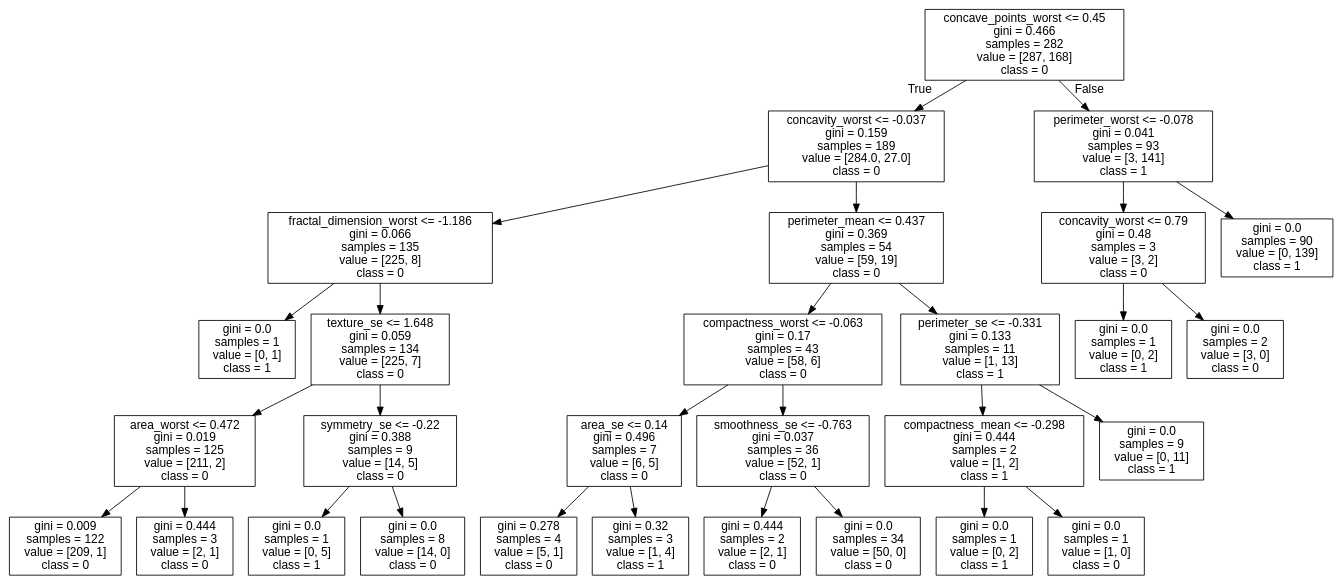
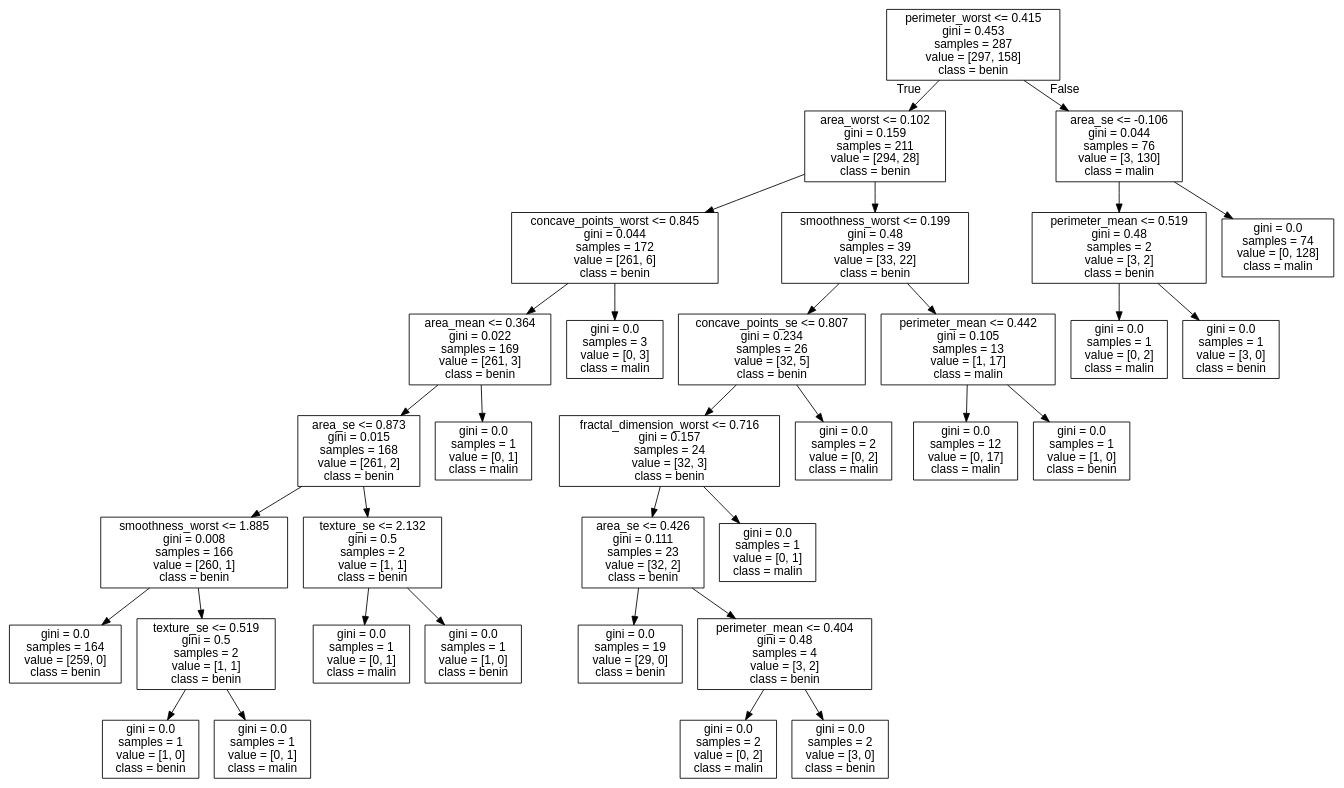
Before and after one commit to cyrilvincent/ML: the diagram in data/breast-cancer/tree.dot, drawn with Graphviz. The commit also changed 5 other files, not shown here.

```diff
--- a/data/breast-cancer/tree.dot
+++ b/data/breast-cancer/tree.dot
@@ -1,61 +1,69 @@
 digraph Tree {
 node [shape=box, fontname="helvetica"] ;
 edge [fontname="helvetica"] ;
-0 [label="concave_points_worst <= 0.45\ngini = 0.466\nsamples = 282\nvalue = [287, 168]\nclass = 0"] ;
-1 [label="concavity_worst <= -0.037\ngini = 0.159\nsamples = 189\nvalue = [284.0, 27.0]\nclass = 0"] ;
+0 [label="perimeter_worst <= 0.415\ngini = 0.453\nsamples = 287\nvalue = [297, 158]\nclass = benin"] ;
+1 [label="area_worst <= 0.102\ngini = 0.159\nsamples = 211\nvalue = [294, 28]\nclass = benin"] ;
 0 -> 1 [labeldistance=2.5, labelangle=45, headlabel="True"] ;
-2 [label="fractal_dimension_worst <= -1.186\ngini = 0.066\nsamples = 135\nvalue = [225, 8]\nclass = 0"] ;
+2 [label="concave_points_worst <= 0.845\ngini = 0.044\nsamples = 172\nvalue = [261, 6]\nclass = benin"] ;
 1 -> 2 ;
-3 [label="gini = 0.0\nsamples = 1\nvalue = [0, 1]\nclass = 1"] ;
+3 [label="area_mean <= 0.364\ngini = 0.022\nsamples = 169\nvalue = [261, 3]\nclass = benin"] ;
 2 -> 3 ;
-4 [label="texture_se <= 1.648\ngini = 0.059\nsamples = 134\nvalue = [225, 7]\nclass = 0"] ;
-2 -> 4 ;
-5 [label="area_worst <= 0.472\ngini = 0.019\nsamples = 125\nvalue = [211, 2]\nclass = 0"] ;
+4 [label="area_se <= 0.873\ngini = 0.015\nsamples = 168\nvalue = [261, 2]\nclass = benin"] ;
+3 -> 4 ;
+5 [label="smoothness_worst <= 1.885\ngini = 0.008\nsamples = 166\nvalue = [260, 1]\nclass = benin"] ;
 4 -> 5 ;
-6 [label="gini = 0.009\nsamples = 122\nvalue = [209, 1]\nclass = 0"] ;
+6 [label="gini = 0.0\nsamples = 164\nvalue = [259, 0]\nclass = benin"] ;
 5 -> 6 ;
-7 [label="gini = 0.444\nsamples = 3\nvalue = [2, 1]\nclass = 0"] ;
+7 [label="texture_se <= 0.519\ngini = 0.5\nsamples = 2\nvalue = [1, 1]\nclass = benin"] ;
 5 -> 7 ;
-8 [label="symmetry_se <= -0.22\ngini = 0.388\nsamples = 9\nvalue = [14, 5]\nclass = 0"] ;
-4 -> 8 ;
-9 [label="gini = 0.0\nsamples = 1\nvalue = [0, 5]\nclass = 1"] ;
-8 -> 9 ;
-10 [label="gini = 0.0\nsamples = 8\nvalue = [14, 0]\nclass = 0"] ;
-8 -> 10 ;
-11 [label="perimeter_mean <= 0.437\ngini = 0.369\nsamples = 54\nvalue = [59, 19]\nclass = 0"] ;
-1 -> 11 ;
-12 [label="compactness_worst <= -0.063\ngini = 0.17\nsamples = 43\nvalue = [58, 6]\nclass = 0"] ;
-11 -> 12 ;
-13 [label="area_se <= 0.14\ngini = 0.496\nsamples = 7\nvalue = [6, 5]\nclass = 0"] ;
-12 -> 13 ;
-14 [label="gini = 0.278\nsamples = 4\nvalue = [5, 1]\nclass = 0"] ;
-13 -> 14 ;
-15 [label="gini = 0.32\nsamples = 3\nvalue = [1, 4]\nclass = 1"] ;
-13 -> 15 ;
-16 [label="smoothness_se <= -0.763\ngini = 0.037\nsamples = 36\nvalue = [52, 1]\nclass = 0"] ;
-12 -> 16 ;
-17 [label="gini = 0.444\nsamples = 2\nvalue = [2, 1]\nclass = 0"] ;
+8 [label="gini = 0.0\nsamples = 1\nvalue = [1, 0]\nclass = benin"] ;
+7 -> 8 ;
+9 [label="gini = 0.0\nsamples = 1\nvalue = [0, 1]\nclass = malin"] ;
+7 -> 9 ;
+10 [label="texture_se <= 2.132\ngini = 0.5\nsamples = 2\nvalue = [1, 1]\nclass = benin"] ;
+4 -> 10 ;
+11 [label="gini = 0.0\nsamples = 1\nvalue = [0, 1]\nclass = malin"] ;
+10 -> 11 ;
+12 [label="gini = 0.0\nsamples = 1\nvalue = [1, 0]\nclass = benin"] ;
+10 -> 12 ;
+13 [label="gini = 0.0\nsamples = 1\nvalue = [0, 1]\nclass = malin"] ;
+3 -> 13 ;
+14 [label="gini = 0.0\nsamples = 3\nvalue = [0, 3]\nclass = malin"] ;
+2 -> 14 ;
+15 [label="smoothness_worst <= 0.199\ngini = 0.48\nsamples = 39\nvalue = [33, 22]\nclass = benin"] ;
+1 -> 15 ;
+16 [label="concave_points_se <= 0.807\ngini = 0.234\nsamples = 26\nvalue = [32, 5]\nclass = benin"] ;
+15 -> 16 ;
+17 [label="fractal_dimension_worst <= 0.716\ngini = 0.157\nsamples = 24\nvalue = [32, 3]\nclass = benin"] ;
 16 -> 17 ;
-18 [label="gini = 0.0\nsamples = 34\nvalue = [50, 0]\nclass = 0"] ;
-16 -> 18 ;
-19 [label="perimeter_se <= -0.331\ngini = 0.133\nsamples = 11\nvalue = [1, 13]\nclass = 1"] ;
-11 -> 19 ;
-20 [label="compactness_mean <= -0.298\ngini = 0.444\nsamples = 2\nvalue = [1, 2]\nclass = 1"] ;
-19 -> 20 ;
-21 [label="gini = 0.0\nsamples = 1\nvalue = [0, 2]\nclass = 1"] ;
+18 [label="area_se <= 0.426\ngini = 0.111\nsamples = 23\nvalue = [32, 2]\nclass = benin"] ;
+17 -> 18 ;
+19 [label="gini = 0.0\nsamples = 19\nvalue = [29, 0]\nclass = benin"] ;
+18 -> 19 ;
+20 [label="perimeter_mean <= 0.404\ngini = 0.48\nsamples = 4\nvalue = [3, 2]\nclass = benin"] ;
+18 -> 20 ;
+21 [label="gini = 0.0\nsamples = 2\nvalue = [0, 2]\nclass = malin"] ;
 20 -> 21 ;
-22 [label="gini = 0.0\nsamples = 1\nvalue = [1, 0]\nclass = 0"] ;
+22 [label="gini = 0.0\nsamples = 2\nvalue = [3, 0]\nclass = benin"] ;
 20 -> 22 ;
-23 [label="gini = 0.0\nsamples = 9\nvalue = [0, 11]\nclass = 1"] ;
-19 -> 23 ;
-24 [label="perimeter_worst <= -0.078\ngini = 0.041\nsamples = 93\nvalue = [3, 141]\nclass = 1"] ;
-0 -> 24 [labeldistance=2.5, labelangle=-45, headlabel="False"] ;
-25 [label="concavity_worst <= 0.79\ngini = 0.48\nsamples = 3\nvalue = [3, 2]\nclass = 0"] ;
-24 -> 25 ;
-26 [label="gini = 0.0\nsamples = 1\nvalue = [0, 2]\nclass = 1"] ;
+23 [label="gini = 0.0\nsamples = 1\nvalue = [0, 1]\nclass = malin"] ;
+17 -> 23 ;
+24 [label="gini = 0.0\nsamples = 2\nvalue = [0, 2]\nclass = malin"] ;
+16 -> 24 ;
+25 [label="perimeter_mean <= 0.442\ngini = 0.105\nsamples = 13\nvalue = [1, 17]\nclass = malin"] ;
+15 -> 25 ;
+26 [label="gini = 0.0\nsamples = 12\nvalue = [0, 17]\nclass = malin"] ;
 25 -> 26 ;
-27 [label="gini = 0.0\nsamples = 2\nvalue = [3, 0]\nclass = 0"] ;
+27 [label="gini = 0.0\nsamples = 1\nvalue = [1, 0]\nclass = benin"] ;
 25 -> 27 ;
-28 [label="gini = 0.0\nsamples = 90\nvalue = [0, 139]\nclass = 1"] ;
-24 -> 28 ;
+28 [label="area_se <= -0.106\ngini = 0.044\nsamples = 76\nvalue = [3, 130]\nclass = malin"] ;
+0 -> 28 [labeldistance=2.5, labelangle=-45, headlabel="False"] ;
+29 [label="perimeter_mean <= 0.519\ngini = 0.48\nsamples = 2\nvalue = [3, 2]\nclass = benin"] ;
+28 -> 29 ;
+30 [label="gini = 0.0\nsamples = 1\nvalue = [0, 2]\nclass = malin"] ;
+29 -> 30 ;
+31 [label="gini = 0.0\nsamples = 1\nvalue = [3, 0]\nclass = benin"] ;
+29 -> 31 ;
+32 [label="gini = 0.0\nsamples = 74\nvalue = [0, 128]\nclass = malin"] ;
+28 -> 32 ;
 }
```
